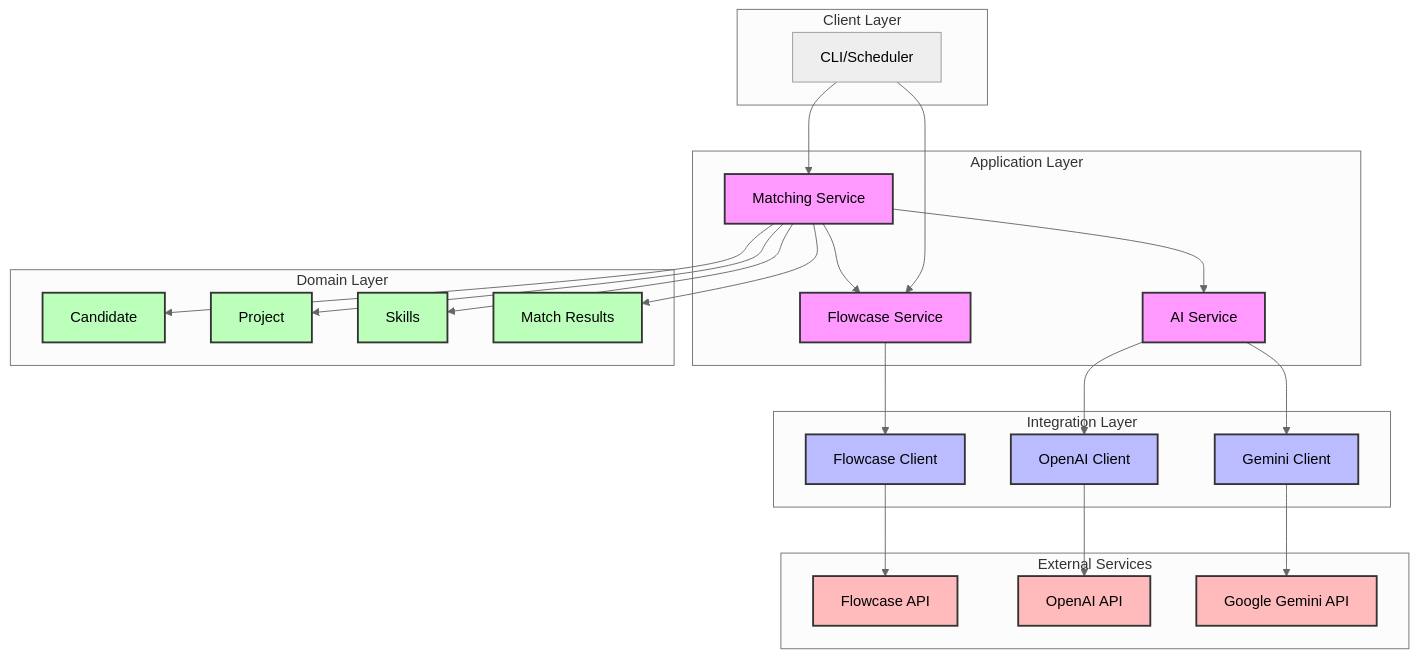
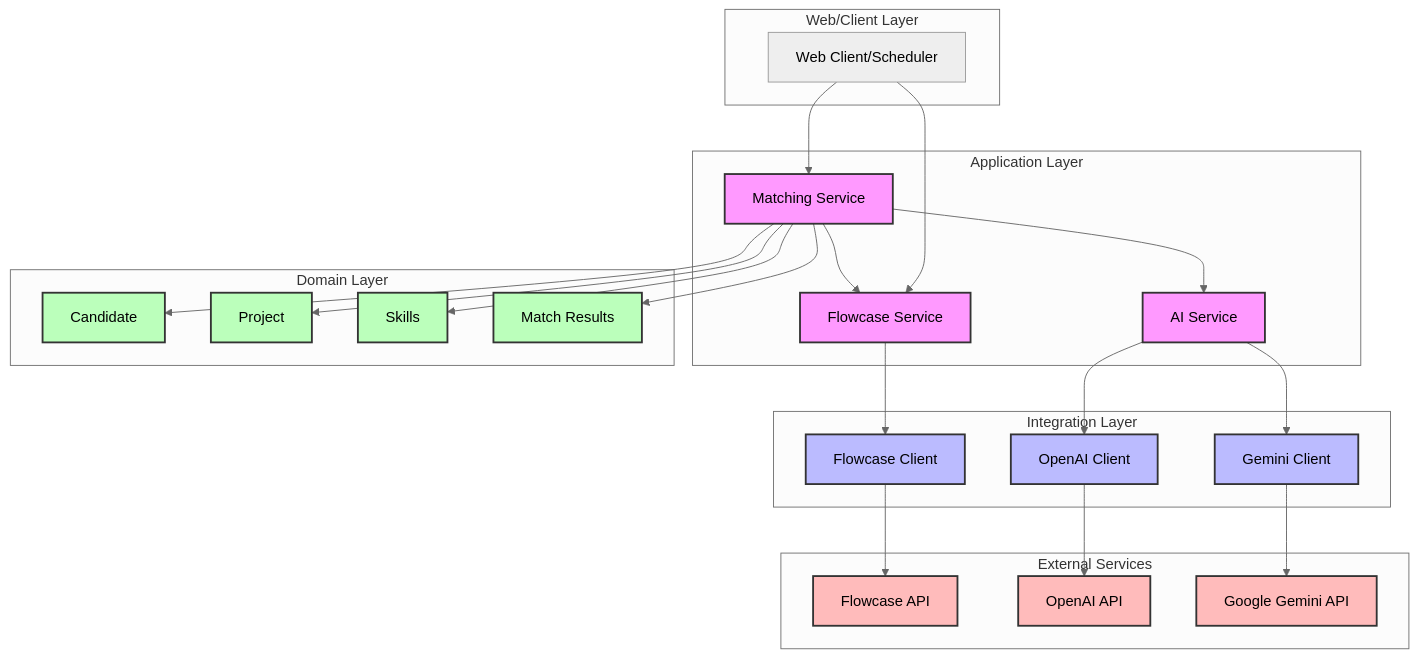
The diagram in README.md (thomasandersen77/cloudberries-candidate-match-web), drawn with Mermaid (neutral theme) before and after one commit. The commit also changed 13 other files, not shown here.

````diff
--- a/README.md
+++ b/README.md
@@ -2,62 +2,62 @@
 ```mermaid
 graph TB
-    subgraph Frontend["Client Layer"]
-        CLI["CLI/Scheduler"]
+    subgraph Frontend["Web/Client Layer"]
+        CLI["Web Client/Scheduler"]
     end
 
     subgraph Application["Application Layer"]
         MS["Matching Service"]
         FS["Flowcase Service"]
         AS["AI Service"]
     end
 
     subgraph Integration["Integration Layer"]
         FC["Flowcase Client"]
         OAI["OpenAI Client"]
         GEM["Gemini Client"]
     end
 
     subgraph External["External Services"]
         FAPI["Flowcase API"]
         OAPI["OpenAI API"]
         GAPI["Google Gemini API"]
     end
 
     subgraph Domain["Domain Layer"]
         CAN["Candidate"]
         PROJ["Project"]
         SKILL["Skills"]
         MATCH["Match Results"]
     end
 
     %% Connections
     CLI --> MS
     CLI --> FS
     
     MS --> AS
     MS --> FS
     
     FS --> FC
     AS --> OAI
     AS --> GEM
     
     FC --> FAPI
     OAI --> OAPI
     GEM --> GAPI
     
     MS --> CAN
     MS --> PROJ
     MS --> SKILL
     MS --> MATCH
 
     %% Styling
     classDef service fill:#f9f,stroke:#333,stroke-width:2px
     classDef client fill:#bbf,stroke:#333,stroke-width:2px
     classDef external fill:#fbb,stroke:#333,stroke-width:2px
     classDef domain fill:#bfb,stroke:#333,stroke-width:2px
     
     class MS,FS,AS service
     class FC,OAI,GEM client
     class FAPI,OAPI,GAPI external
     class CAN,PROJ,SKILL,MATCH domain
 ```
````
